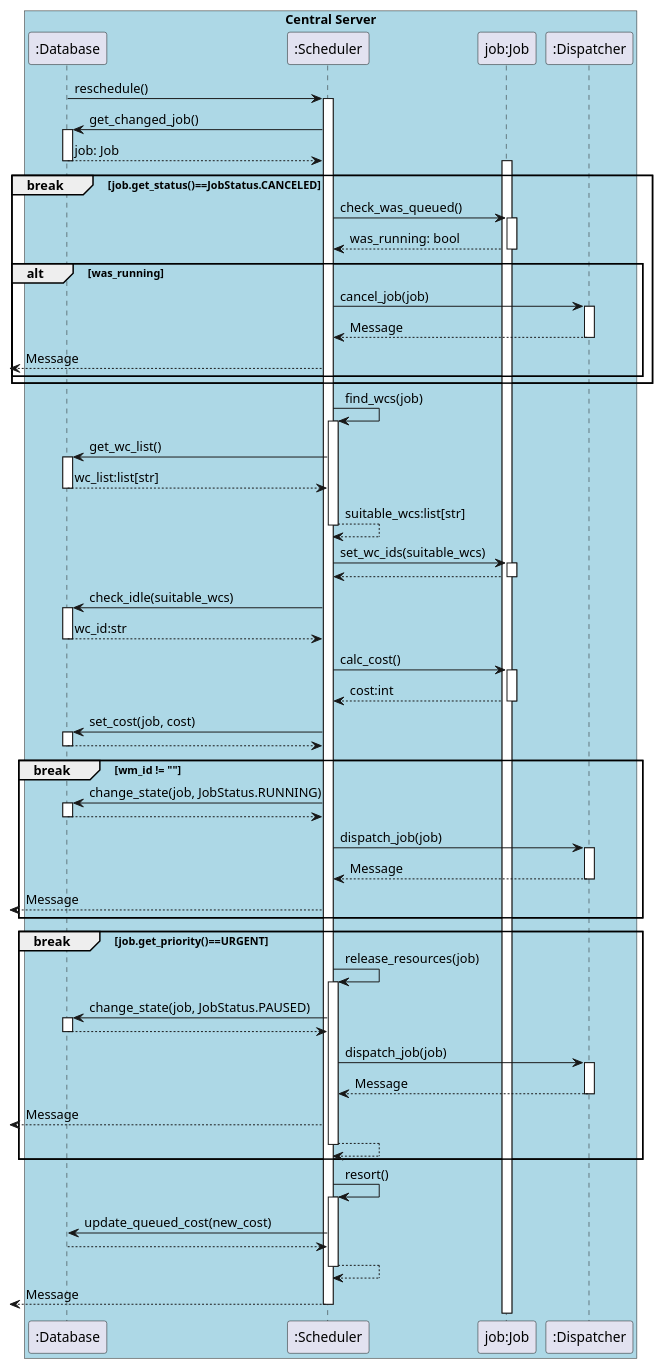
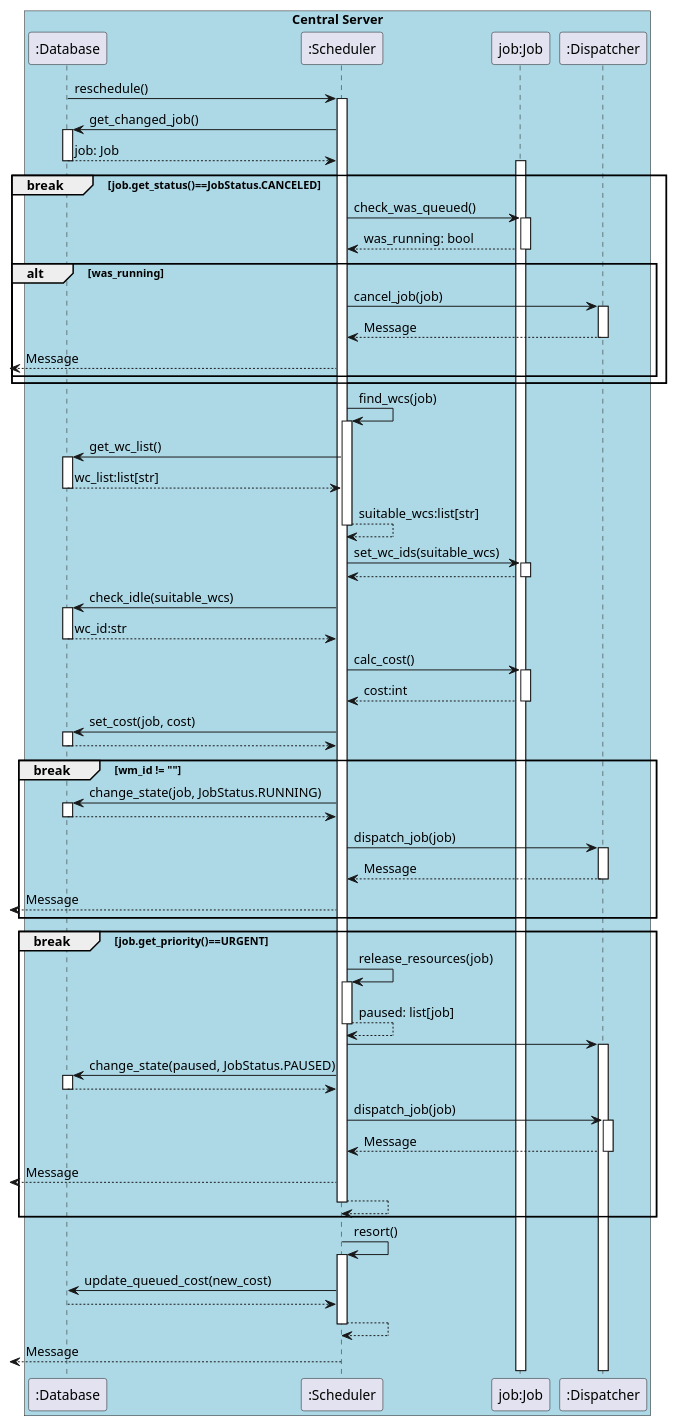
One commit to DistributedTaskScheduling/documentation changed the diagram in design/sequence/scheduler-low.puml. Above: the diagram before and after it, drawn with PlantUML.

Commit message:
fixed simple mistake

```diff
--- a/design/sequence/scheduler-low.puml
+++ b/design/sequence/scheduler-low.puml
@@ -1,80 +1,82 @@
 @startuml
 
 box "Central Server" #Lightblue
     participant ":Database"
     participant ":Scheduler"
     participant "job:Job"
     participant ":Dispatcher"
 end box
 
 
 ":Database" -> ":Scheduler" ++: reschedule()
 ":Scheduler" -> ":Database" ++: get_changed_job()
 ":Database" --> ":Scheduler" --: job: Job
 activate "job:Job"
 
 
 break job.get_status()==JobStatus.CANCELED
     ":Scheduler" -> "job:Job" ++:check_was_queued()
     "job:Job" --> ":Scheduler" --: was_running: bool
-    
+
     alt was_running
         ":Scheduler" -> ":Dispatcher" ++: cancel_job(job)
         ":Dispatcher" --> ":Scheduler" --: Message
         <-- ":Scheduler" : Message
     end
 end
 
 ":Scheduler" -> ":Scheduler" ++: find_wcs(job)
 ":Scheduler" -> ":Database" ++: get_wc_list()
 ":Database" --> ":Scheduler" --: wc_list:list[str]
 ":Scheduler" --> ":Scheduler" --: suitable_wcs:list[str]
 
 ":Scheduler" -> "job:Job" ++: set_wc_ids(suitable_wcs)
 "job:Job" --> ":Scheduler" --:
 
 
 ":Scheduler" -> ":Database" ++: check_idle(suitable_wcs)
 ":Database" --> ":Scheduler" --: wc_id:str
 
 ":Scheduler" -> "job:Job" ++: calc_cost()
 "job:Job" --> ":Scheduler" --: cost:int
 ":Scheduler" -> ":Database" ++ : set_cost(job, cost)
 ":Database" --> ":Scheduler" -- 
 break wm_id != ""
-    
+
     ":Scheduler" -> ":Database" ++: change_state(job, JobStatus.RUNNING)
     ":Database" --> ":Scheduler" --:
 
     ":Scheduler" -> ":Dispatcher" ++: dispatch_job(job)
     ":Dispatcher" --> ":Scheduler" -- : Message
     <-- ":Scheduler" : Message
 end
 
 
 break  job.get_priority()==URGENT
     ":Scheduler" -> ":Scheduler" ++: release_resources(job)
-    ":Scheduler" -> ":Database" ++: change_state(job, JobStatus.PAUSED)
+    ":Scheduler" --> ":Scheduler" -- : paused: list[job]
+    ":Scheduler" -> ":Dispatcher" ++ :  
+    ":Scheduler" -> ":Database" ++: change_state(paused, JobStatus.PAUSED)
     ":Database" --> ":Scheduler" --:
-    
+
     ":Scheduler" -> ":Dispatcher" ++: dispatch_job(job)
-    
+
     ":Scheduler" <-- ":Dispatcher" --: Message
     <-- ":Scheduler" : Message
     ":Scheduler" --> ":Scheduler" --:
 
 end
 
 
 ":Scheduler" -> ":Scheduler" ++: resort()
 ":Scheduler" -> ":Database": update_queued_cost(new_cost)
 ":Database" --> ":Scheduler" --: 
 
 ":Scheduler" --> ":Scheduler" --:
 
 
 
      <-- ":Scheduler" : Message
 deactivate ":Scheduler"
 
 @enduml
```
